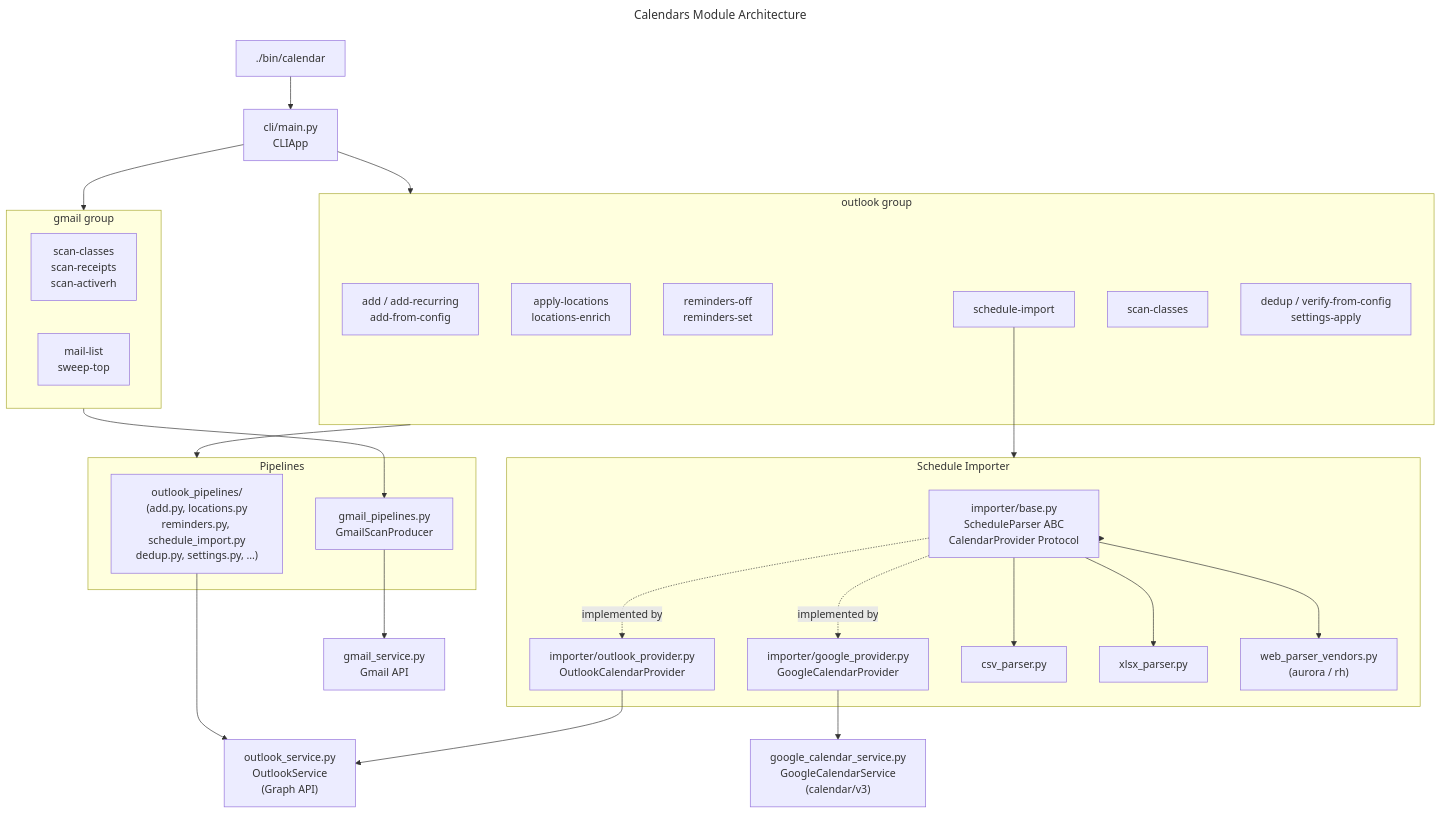
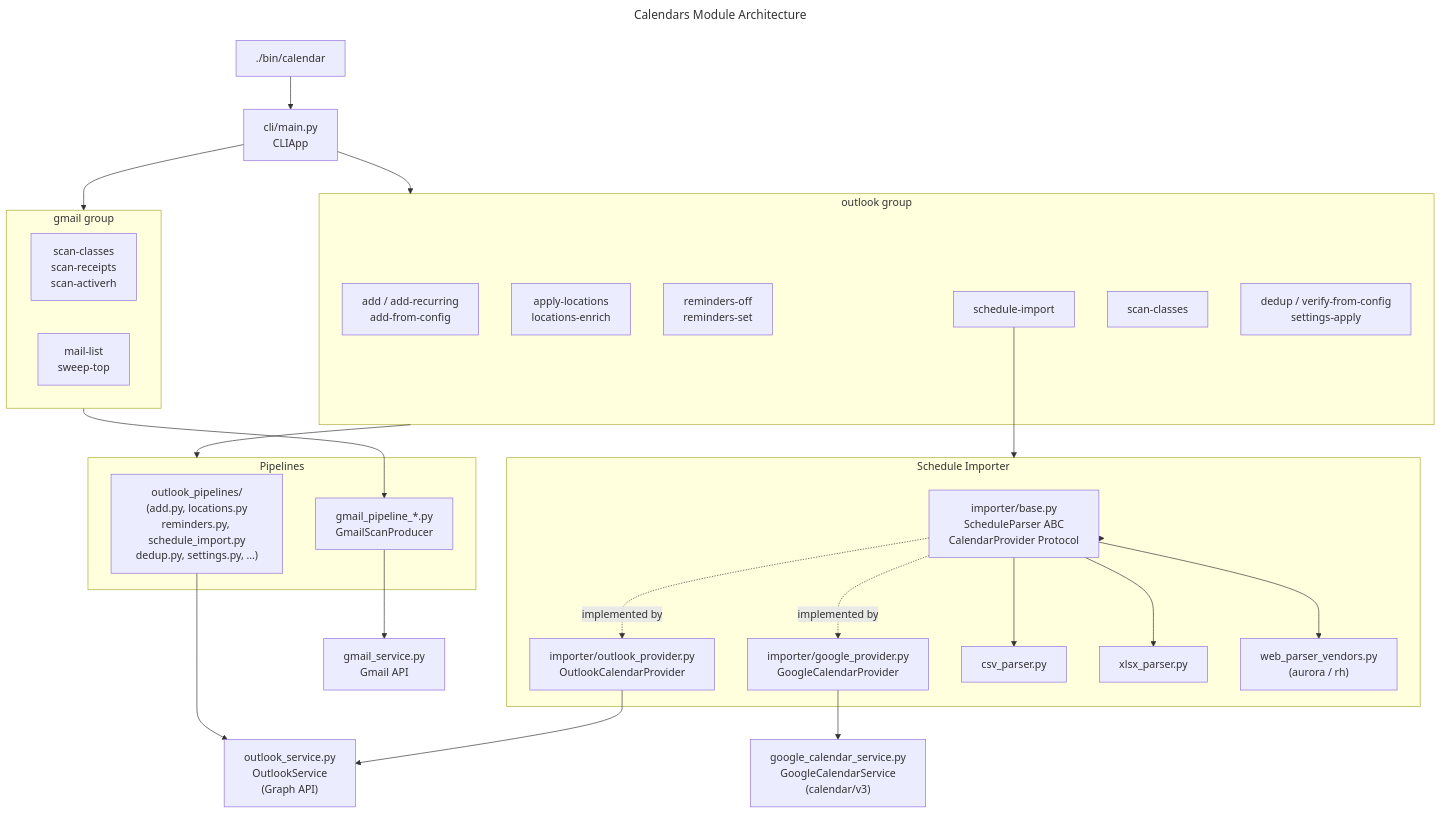
Before and after one commit to dancing-bear-show/dancing-bear: the diagram in src/calendars/README.md, drawn with Mermaid. The commit also changed other lines of this file and 7 other files, not shown here.

````diff
--- a/src/calendars/README.md
+++ b/src/calendars/README.md
@@ -11,52 +11,52 @@
 ```mermaid
 ---
 title: Calendars Module Architecture
 ---
 flowchart TB
     bin["./bin/calendar"]
     cli["cli/main.py\nCLIApp"]
     subgraph outlook_cmds["outlook group"]
         o_add["add / add-recurring\nadd-from-config"]
         o_loc["apply-locations\nlocations-enrich"]
         o_rem["reminders-off\nreminders-set"]
         o_imp["schedule-import"]
         o_scan["scan-classes"]
         o_misc["dedup / verify-from-config\nsettings-apply"]
     end
     subgraph gmail_cmds["gmail group"]
         g_scan["scan-classes\nscan-receipts\nscan-activerh"]
         g_mail["mail-list\nsweep-top"]
     end
     subgraph pipelines["Pipelines"]
         o_pipelines["outlook_pipelines/\n(add.py, locations.py\nreminders.py, schedule_import.py\ndedup.py, settings.py, …)"]
-        g_pipelines["gmail_pipelines.py\nGmailScanProducer"]
+        g_pipelines["gmail_pipeline_*.py\nGmailScanProducer"]
     end
     subgraph importer["Schedule Importer"]
         i_base["importer/base.py\nScheduleParser ABC\nCalendarProvider Protocol"]
         i_outlook["importer/outlook_provider.py\nOutlookCalendarProvider"]
         i_google["importer/google_provider.py\nGoogleCalendarProvider"]
         i_csv["csv_parser.py"]
         i_xlsx["xlsx_parser.py"]
         i_web["web_parser_vendors.py\n(aurora / rh)"]
     end
     svc_outlook["outlook_service.py\nOutlookService\n(Graph API)"]
     svc_gmail["gmail_service.py\nGmail API"]
     svc_gcal["google_calendar_service.py\nGoogleCalendarService\n(calendar/v3)"]
 
     bin --> cli
     cli --> outlook_cmds
     cli --> gmail_cmds
     outlook_cmds --> pipelines
     gmail_cmds --> g_pipelines
     o_imp --> importer
     importer --> i_base
     i_base --> i_csv
     i_base --> i_xlsx
     i_base --> i_web
     i_base -.implemented by.-> i_outlook
     i_base -.implemented by.-> i_google
     i_outlook --> svc_outlook
     i_google --> svc_gcal
     o_pipelines --> svc_outlook
     g_pipelines --> svc_gmail
 ```
````
